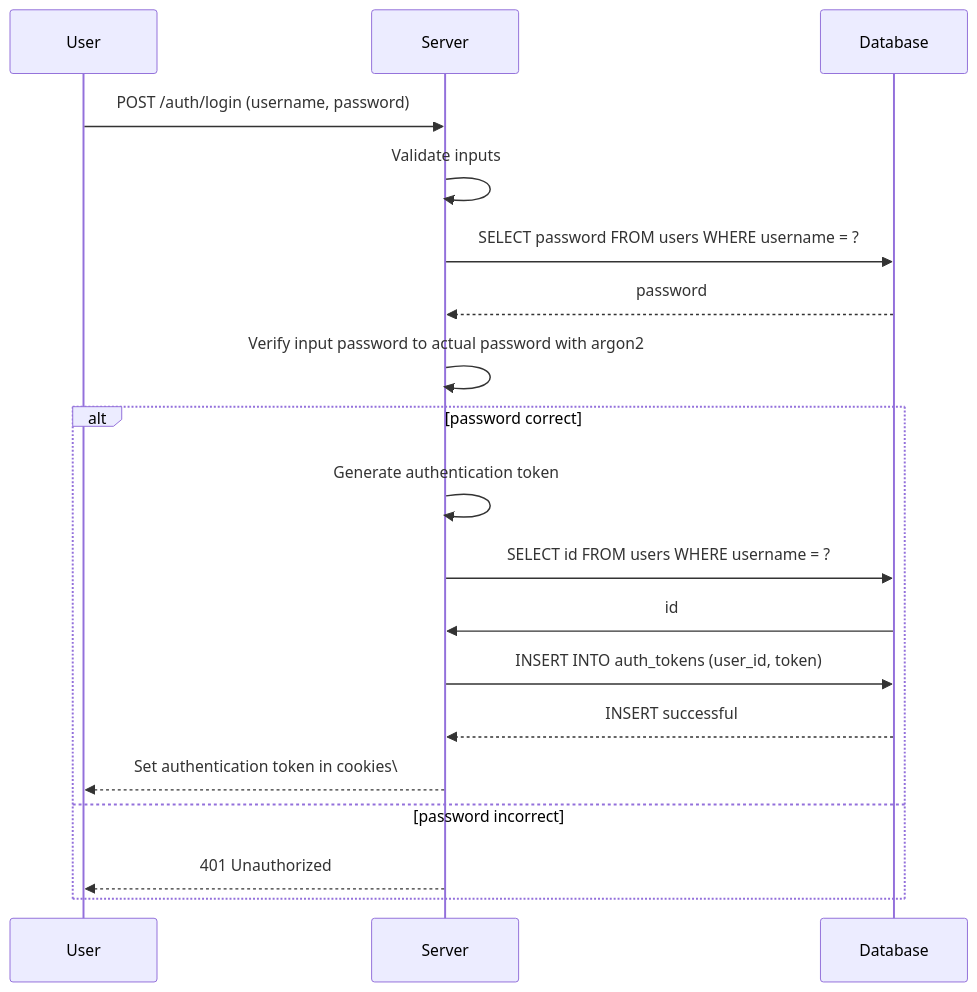
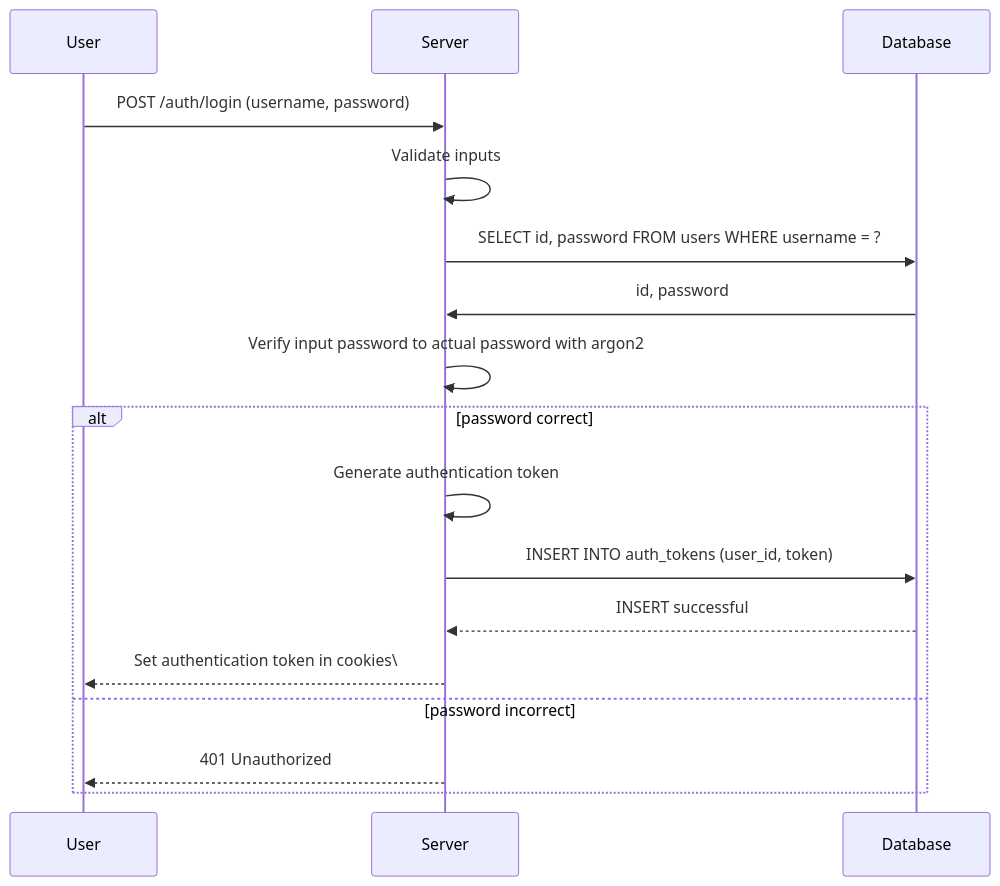
One commit to Save-Points/SavePoints changed the second of 2 diagrams in README.md. Above: the diagram before and after it, drawn with Mermaid. The commit also changed other lines of this file and 1 other file, not shown here.

Commit message:
Optimize user authentication to use one less SQL query (#8)
* optimize auth to use one less sql query

* remove unneccesary import

````diff
--- a/README.md
+++ b/README.md
@@ -337,22 +335,20 @@
 ```mermaid
 sequenceDiagram
     participant U as User
     participant S as Server
     participant DB as Database
 
     U->>S: POST /auth/login (username, password)
     S->>S: Validate inputs
-    S->>DB: SELECT password FROM users WHERE username = ?
-    DB-->>S: password
+    S->>DB: SELECT id, password FROM users WHERE username = ?
+    DB->>S: id, password
     S->>S: Verify input password to actual password with argon2
     alt password correct
         S->>S: Generate authentication token
-        S->>DB: SELECT id FROM users WHERE username = ?
-        DB->>S: id
         S->>DB: INSERT INTO auth_tokens (user_id, token)
         DB-->>S: INSERT successful
         S-->>U: Set authentication token in cookies\
     else password incorrect
         S-->>U: 401 Unauthorized
     end
 ```
````
